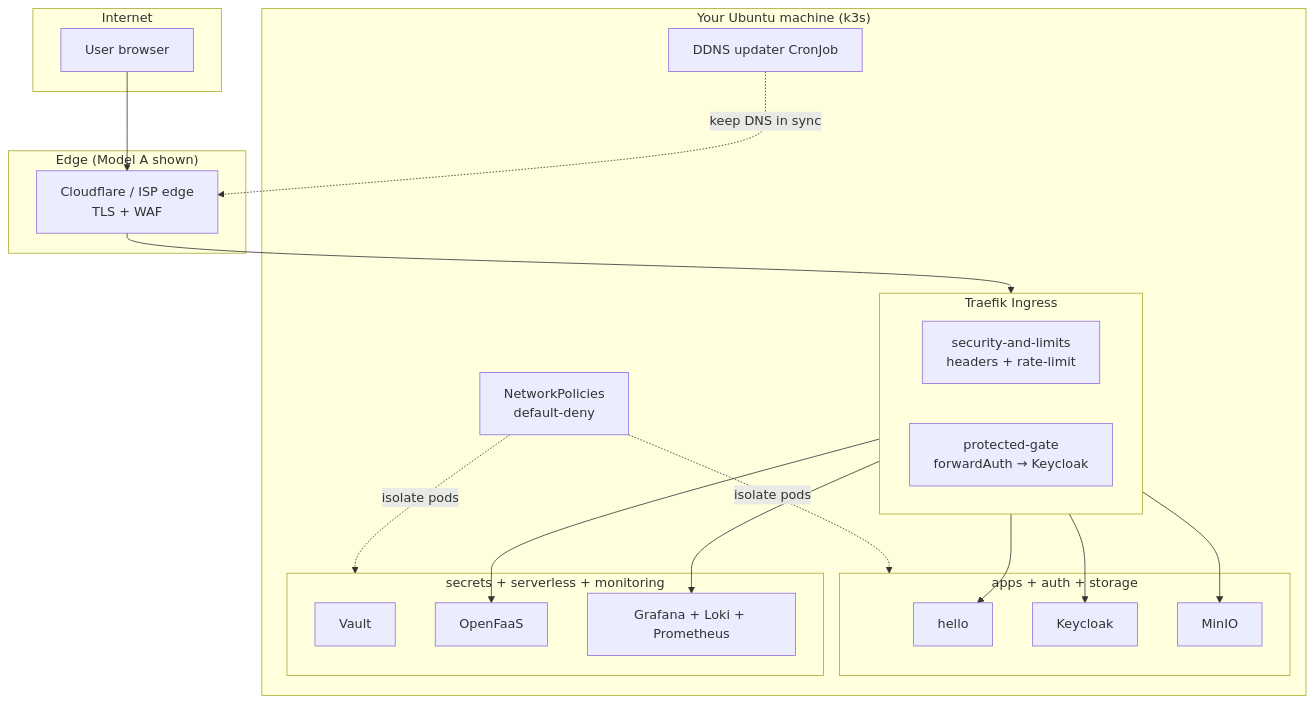
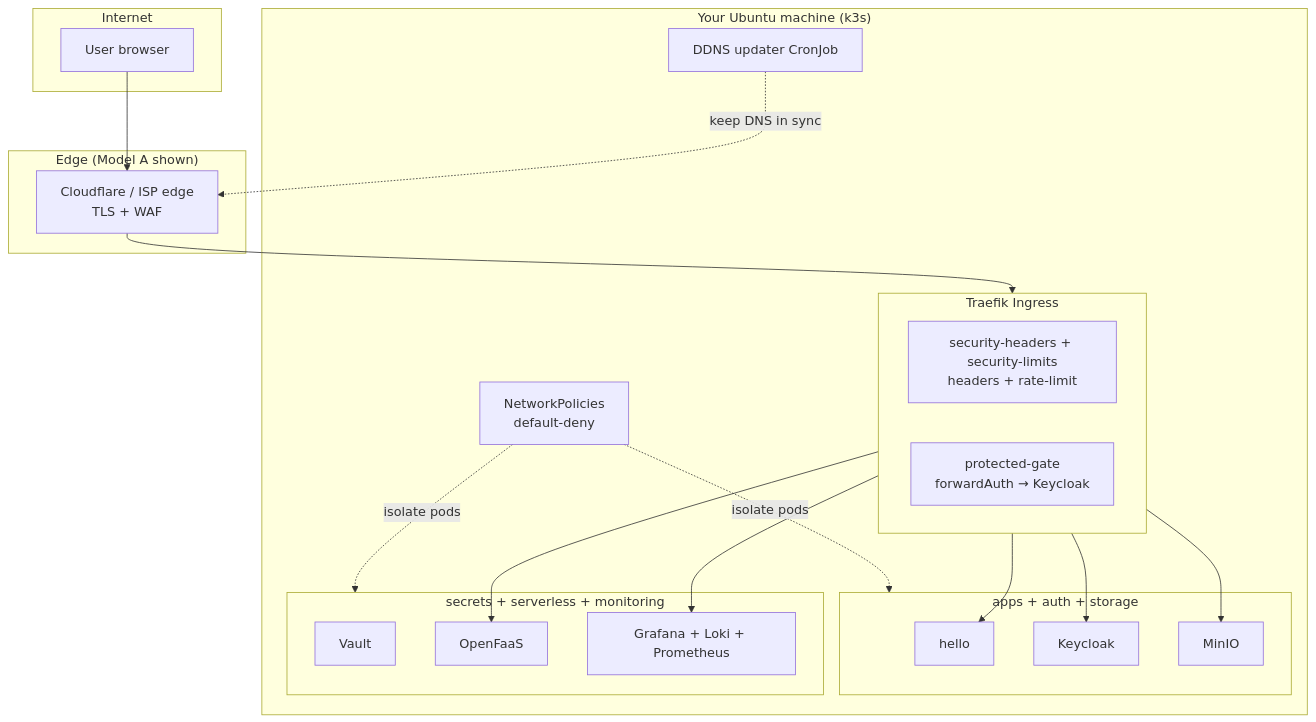
Before and after one commit to Franck-Sorel/home-cloud: the first of 4 diagrams in docs/09-bundles/03-architecture.md, drawn with Mermaid. The commit also changed 12 other files, not shown here.

````diff
--- a/docs/09-bundles/03-architecture.md
+++ b/docs/09-bundles/03-architecture.md
@@ -14,38 +14,38 @@
 ```mermaid
 graph TD
     subgraph Internet
         U[User browser]
     end
 
     subgraph Edge["Edge (Model A shown)"]
         CF[Cloudflare / ISP edge<br/>TLS + WAF]
     end
 
     subgraph Home["Your Ubuntu machine (k3s)"]
         subgraph Ingress["Traefik Ingress"]
-            MW[security-and-limits<br/>headers + rate-limit]
+            MW[security-headers + security-limits<br/>headers + rate-limit]
             FA[protected-gate<br/>forwardAuth → Keycloak]
         end
         subgraph NS1["apps + auth + storage"]
             HELLO[hello]
             KEY[Keycloak]
             MIN[MinIO]
         end
         subgraph NS2["secrets + serverless + monitoring"]
             VAU[Vault]
             FaaS[OpenFaaS]
             GRAF[Grafana + Loki + Prometheus]
         end
         DDNS[DDNS updater CronJob]
         NETPOL[NetworkPolicies<br/>default-deny]
     end
 
     U --> CF --> Ingress --> HELLO
     Ingress --> KEY
     Ingress --> MIN
     Ingress --> FaaS
     Ingress --> GRAF
     DDNS -.keep DNS in sync.-> CF
     NETPOL -.isolate pods.-> NS1
     NETPOL -.isolate pods.-> NS2
 ```
````
